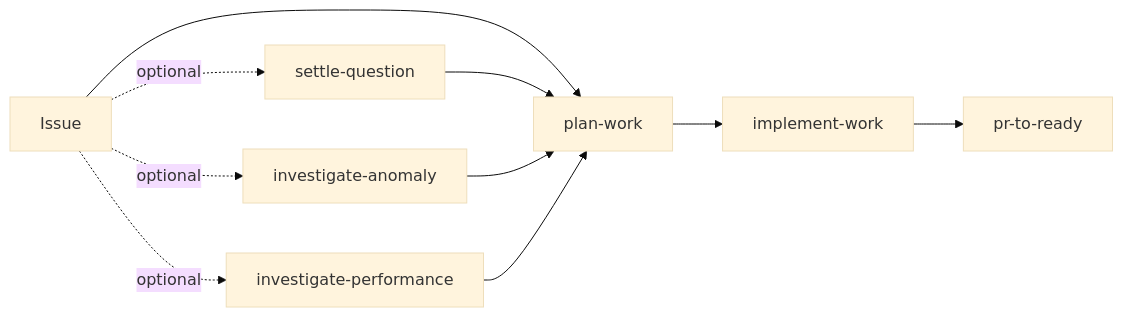
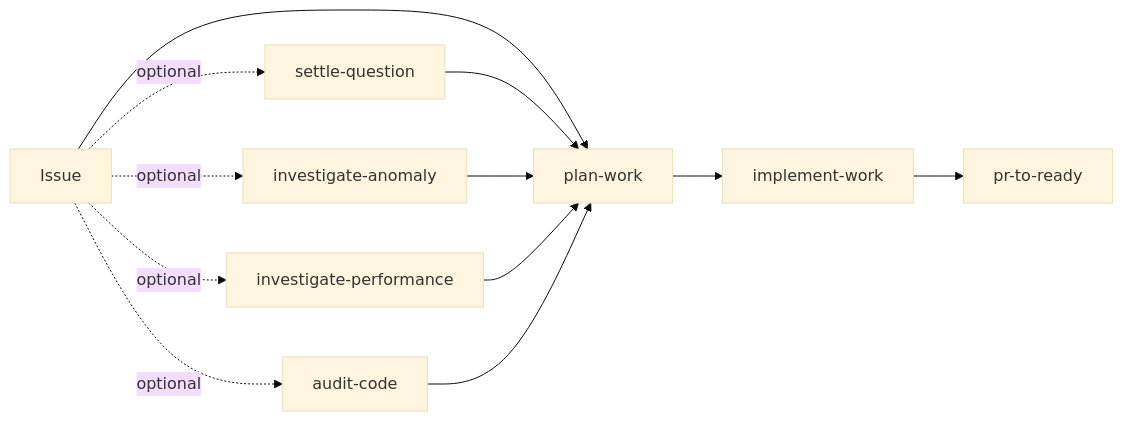
Before and after one commit to yowcow/dude: the diagram in README.md, drawn with Mermaid (base theme). The commit also changed other lines of this file and 1 other file, not shown here.

Commit message:
435: wire audit-code into README and AUTHORING

````diff
--- a/README.md
+++ b/README.md
@@ -121,16 +124,18 @@
 ```mermaid
 flowchart LR
     issue[Issue]
     invq[settle-question]
     inva[investigate-anomaly]
     invp[investigate-performance]
+    audit[audit-code]
     plan[plan-work]
     impl[implement-work]
     pr[pr-to-ready]
 
     issue --> plan
     issue -. optional .-> invq --> plan
     issue -. optional .-> inva --> plan
     issue -. optional .-> invp --> plan
+    issue -. optional .-> audit --> plan
     plan --> impl --> pr
 ```
````
